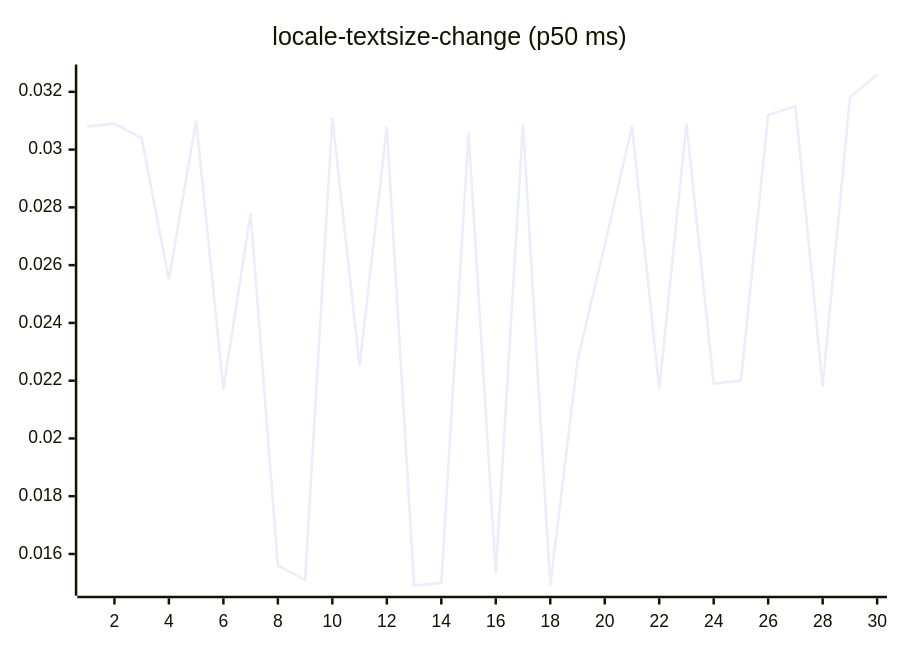
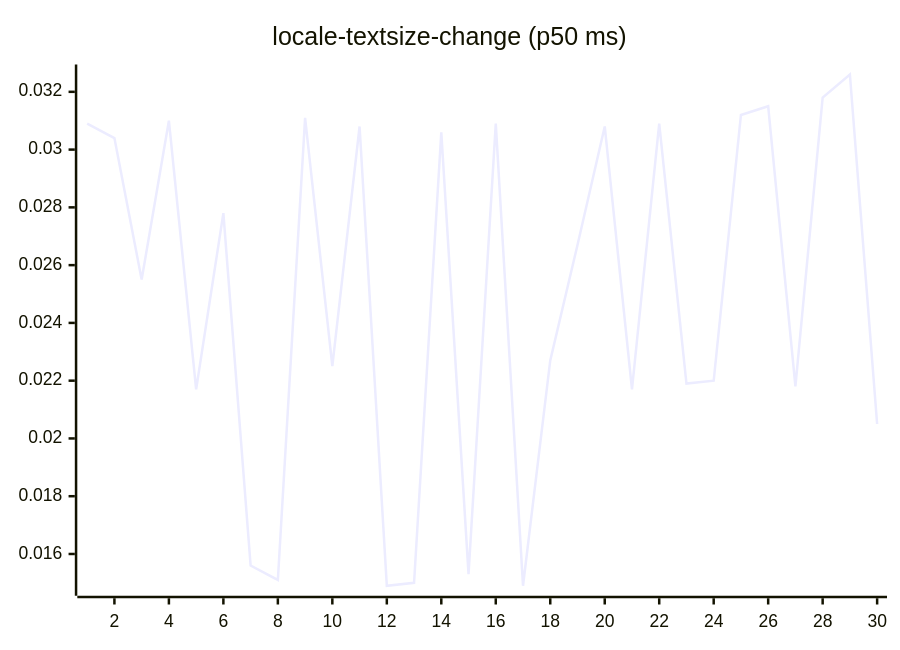
One commit to josha/Facet changed diagram 13 of 27 in README.md. Above: the diagram before and after it, drawn with Mermaid. The commit also changed other lines of this file and 2 other files, not shown here.

````diff
--- a/README.md
+++ b/README.md
@@ -147,6 +147,6 @@
 ```mermaid
 xychart-beta
     title "locale-textsize-change (p50 ms)"
     x-axis 1 --> 30
-    line [0.0308, 0.0309, 0.0304, 0.0255, 0.0310, 0.0217, 0.0278, 0.0156, 0.0151, 0.0311, 0.0225, 0.0308, 0.0149, 0.0150, 0.0306, 0.0153, 0.0309, 0.0149, 0.0227, 0.0267, 0.0308, 0.0217, 0.0309, 0.0219, 0.0220, 0.0312, 0.0315, 0.0218, 0.0318, 0.0326]
+    line [0.0309, 0.0304, 0.0255, 0.0310, 0.0217, 0.0278, 0.0156, 0.0151, 0.0311, 0.0225, 0.0308, 0.0149, 0.0150, 0.0306, 0.0153, 0.0309, 0.0149, 0.0227, 0.0267, 0.0308, 0.0217, 0.0309, 0.0219, 0.0220, 0.0312, 0.0315, 0.0218, 0.0318, 0.0326, 0.0205]
 ```
````
